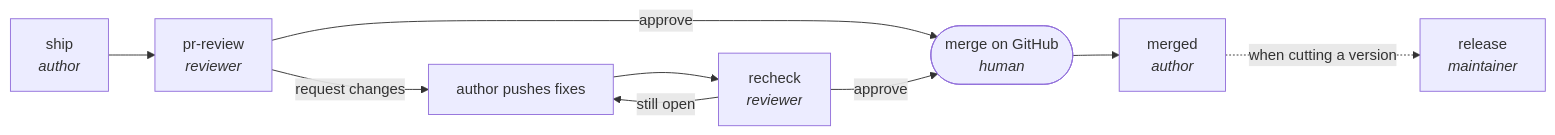
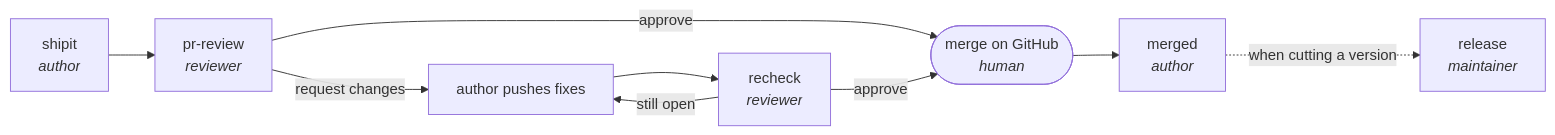
Before and after one commit to zahidakhyar/skills: the first of 3 diagrams in README.md, drawn with Mermaid. The commit also changed other lines of this file and 11 other files, not shown here.

First line of the commit message:
fix!: rename ship skill to shipit (#50)

````diff
--- a/README.md
+++ b/README.md
@@ -79,11 +79,11 @@
 ```mermaid
 flowchart LR
-    ship["ship<br/><i>author</i>"] --> review["pr-review<br/><i>reviewer</i>"]
+    shipit["shipit<br/><i>author</i>"] --> review["pr-review<br/><i>reviewer</i>"]
     review -- "request changes" --> fix["author pushes fixes"]
     fix --> recheck["recheck<br/><i>reviewer</i>"]
     recheck -- "still open" --> fix
     review -- approve --> merge(["merge on GitHub<br/><i>human</i>"])
     recheck -- approve --> merge
     merge --> merged["merged<br/><i>author</i>"]
     merged -. "when cutting a version" .-> release["release<br/><i>maintainer</i>"]
 ```
````
